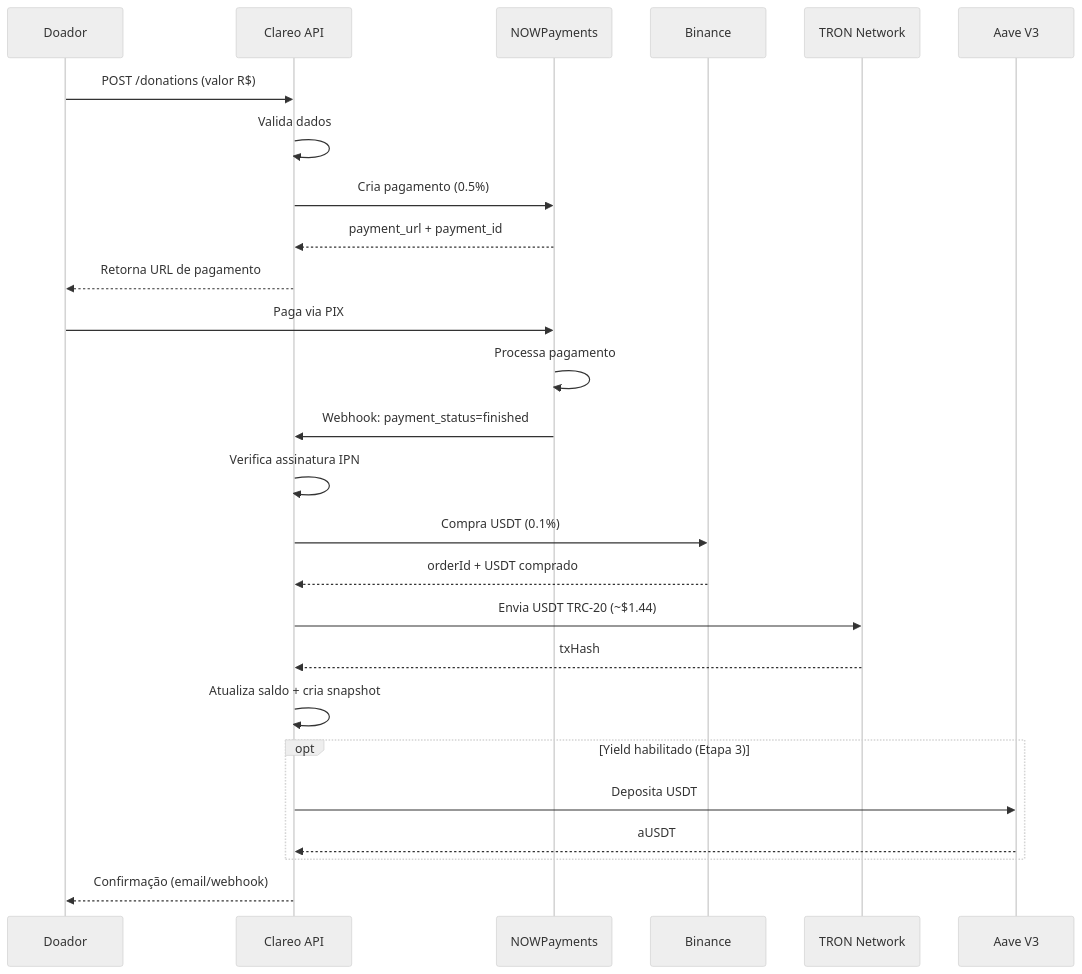
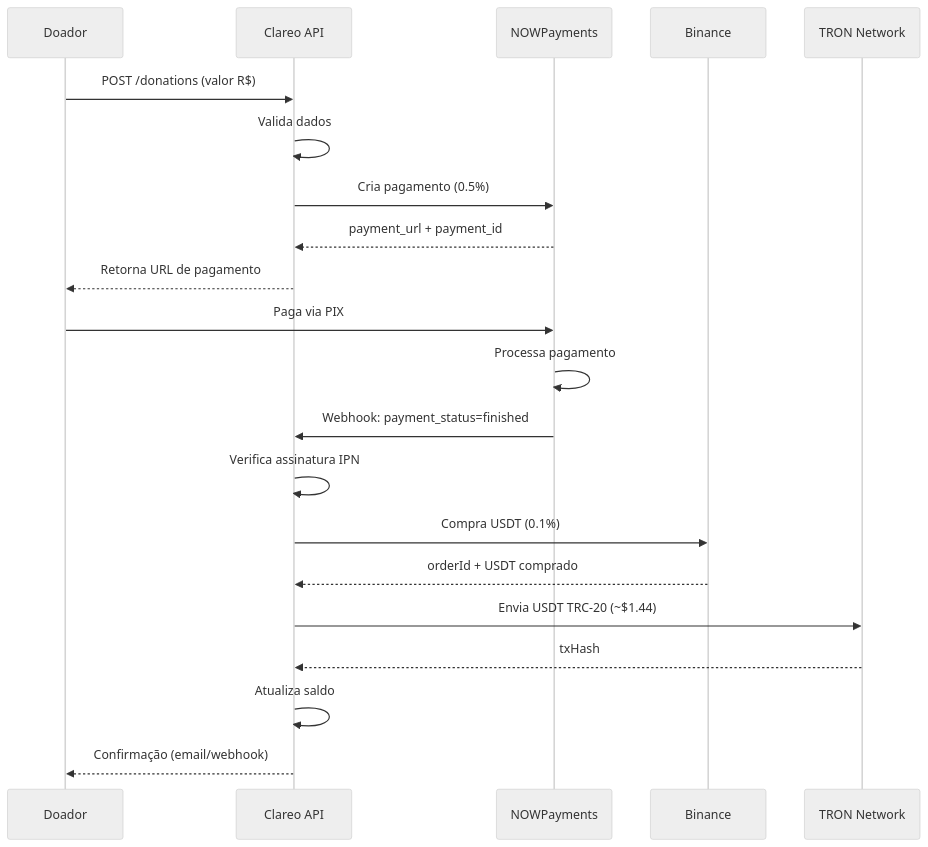
The third of 6 diagrams in doc/16-DIAGRAMAS.md (GabrielHR0/clareo-api), drawn with Mermaid (neutral theme) before and after one commit. The commit also changed other lines of this file and 7 other files, not shown here.

````diff
--- a/doc/16-DIAGRAMAS.md
+++ b/doc/16-DIAGRAMAS.md
@@ -83,36 +69,30 @@
 ```mermaid
 sequenceDiagram
     participant D as Doador
     participant A as Clareo API
     participant N as NOWPayments
     participant B as Binance
     participant T as TRON Network
-    participant Av as Aave V3
 
     D->>A: POST /donations (valor R$)
     A->>A: Valida dados
     A->>N: Cria pagamento (0.5%)
     N-->>A: payment_url + payment_id
     A-->>D: Retorna URL de pagamento
 
     D->>N: Paga via PIX
     N->>N: Processa pagamento
 
     N->>A: Webhook: payment_status=finished
     A->>A: Verifica assinatura IPN
 
     A->>B: Compra USDT (0.1%)
     B-->>A: orderId + USDT comprado
 
     A->>T: Envia USDT TRC-20 (~$1.44)
     T-->>A: txHash
 
-    A->>A: Atualiza saldo + cria snapshot
-
-    opt Yield habilitado (Etapa 3)
-        A->>Av: Deposita USDT
-        Av-->>A: aUSDT
-    end
+    A->>A: Atualiza saldo
 
     A-->>D: Confirmação (email/webhook)
 ```
````
